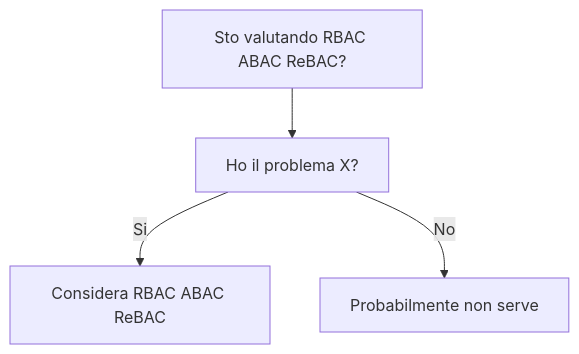
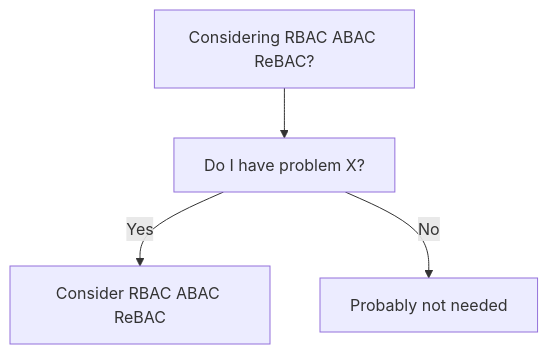
One commit to HxT9/Software-Dev-Wiki changed the diagram in dev-wiki/08_Security/RBAC_ABAC_ReBAC/When_To_Use.md. Above: the diagram before and after it, drawn with Mermaid. The commit also changed other lines of this file and 3444 other files, not shown here.

````diff
--- a/dev-wiki/08_Security/RBAC_ABAC_ReBAC/When_To_Use.md
+++ b/dev-wiki/08_Security/RBAC_ABAC_ReBAC/When_To_Use.md
@@ -19,6 +19,6 @@
 ```mermaid
 flowchart TD
-  Q[Sto valutando RBAC ABAC ReBAC?] --> Q1[Ho il problema X?]
-  Q1 -->|Si| OK[Considera RBAC ABAC ReBAC]
-  Q1 -->|No| NO[Probabilmente non serve]
+  Q[Considering RBAC ABAC ReBAC?] --> Q1[Do I have problem X?]
+  Q1 -->|Yes| OK[Consider RBAC ABAC ReBAC]
+  Q1 -->|No| NO[Probably not needed]
 ```
````
